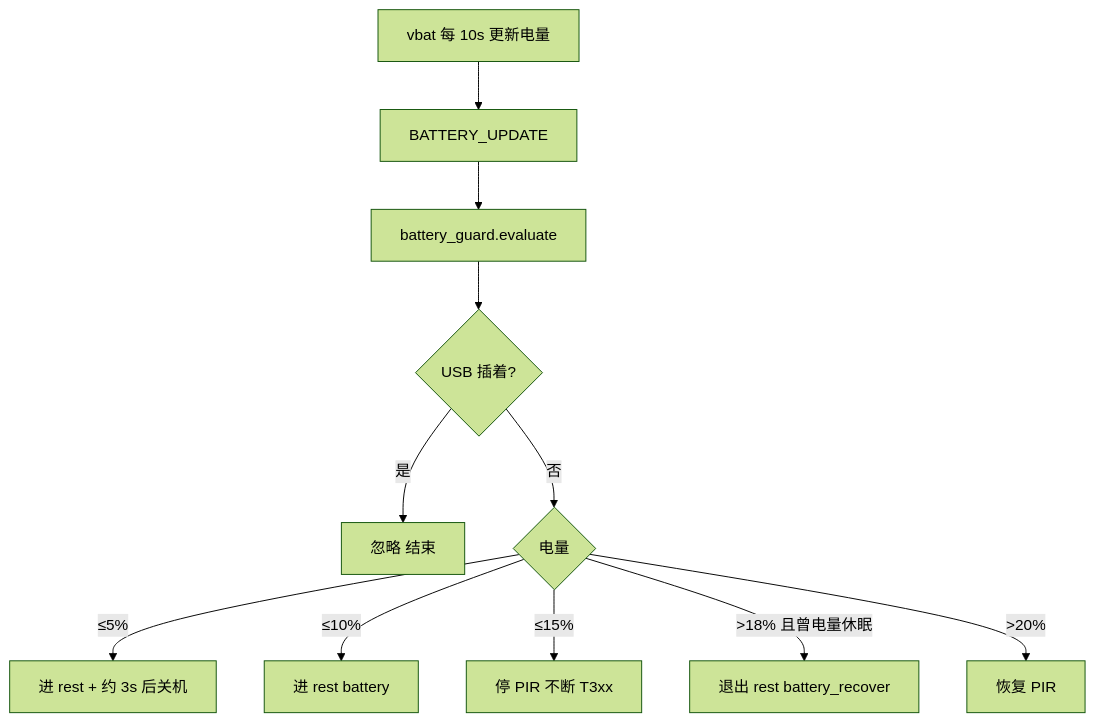
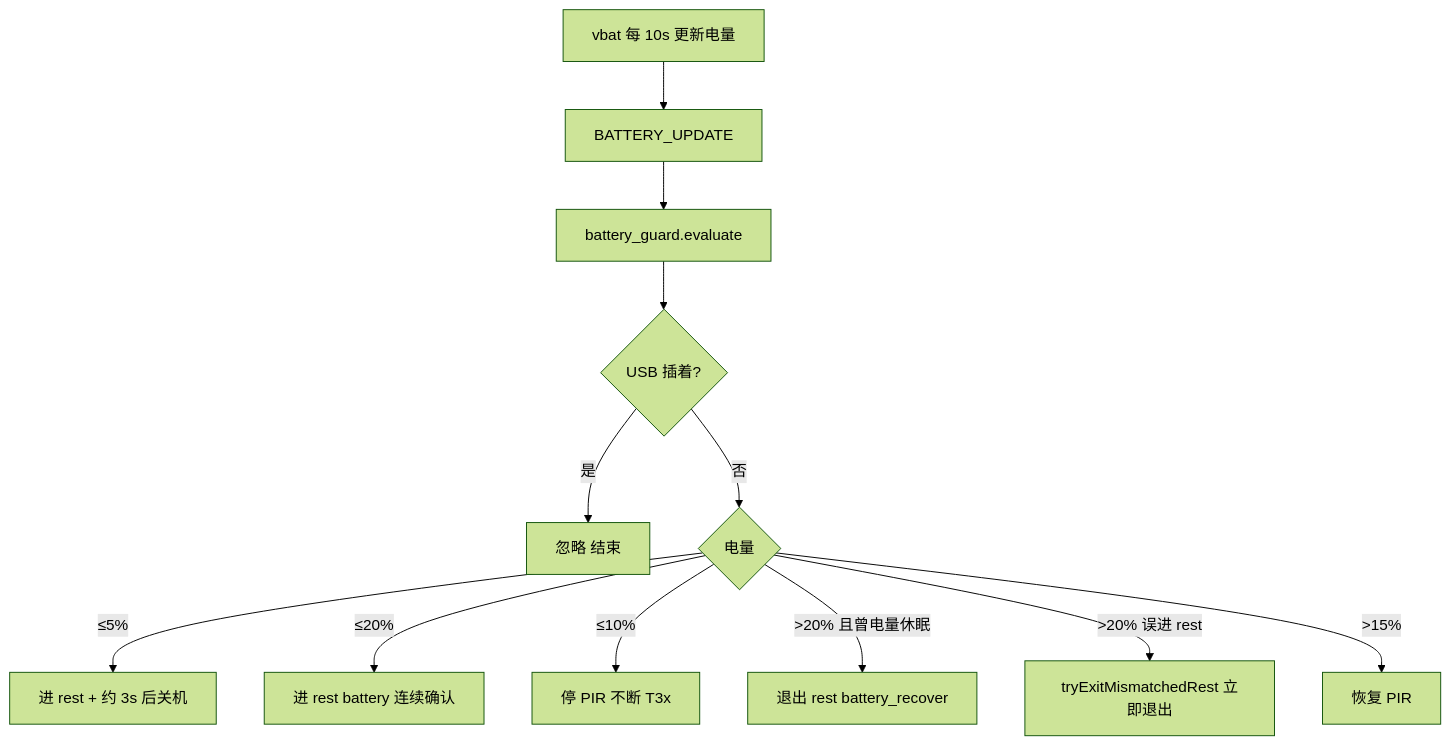
The fourth of 5 diagrams in doc/LOW_BATTERY_AND_LOW_POWER.md (dzr1986/AIR780EHM), drawn with Mermaid (forest theme) before and after one commit. The commit also changed other lines of this file and 69 other files, not shown here.

````diff
--- a/doc/LOW_BATTERY_AND_LOW_POWER.md
+++ b/doc/LOW_BATTERY_AND_LOW_POWER.md
@@ -124,13 +128,14 @@
 ```mermaid
 flowchart TD
     A[vbat 每 10s 更新电量] --> B[BATTERY_UPDATE]
     B --> C[battery_guard.evaluate]
     C --> D{USB 插着?}
     D -->|是| Z[忽略 结束]
     D -->|否| E{电量}
     E -->|≤5%| F[进 rest + 约 3s 后关机]
-    E -->|≤10%| G[进 rest battery]
-    E -->|≤15%| H[停 PIR 不断 T3xx]
-    E -->|>18% 且曾电量休眠| I[退出 rest battery_recover]
-    E -->|>20%| J[恢复 PIR]
+    E -->|≤20%| G[进 rest battery 连续确认]
+    E -->|≤10%| H[停 PIR 不断 T3x]
+    E -->|>20% 且曾电量休眠| I[退出 rest battery_recover]
+    E -->|>20% 误进 rest| I2[tryExitMismatchedRest 立即退出]
+    E -->|>15%| J[恢复 PIR]
 ```
````
